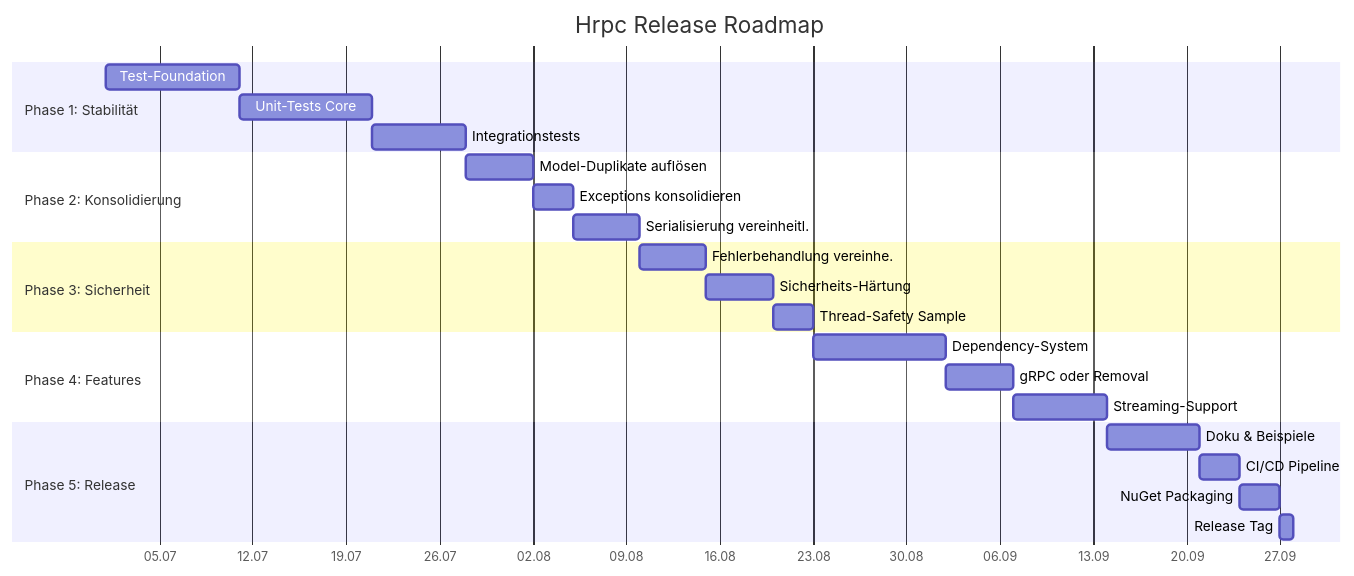
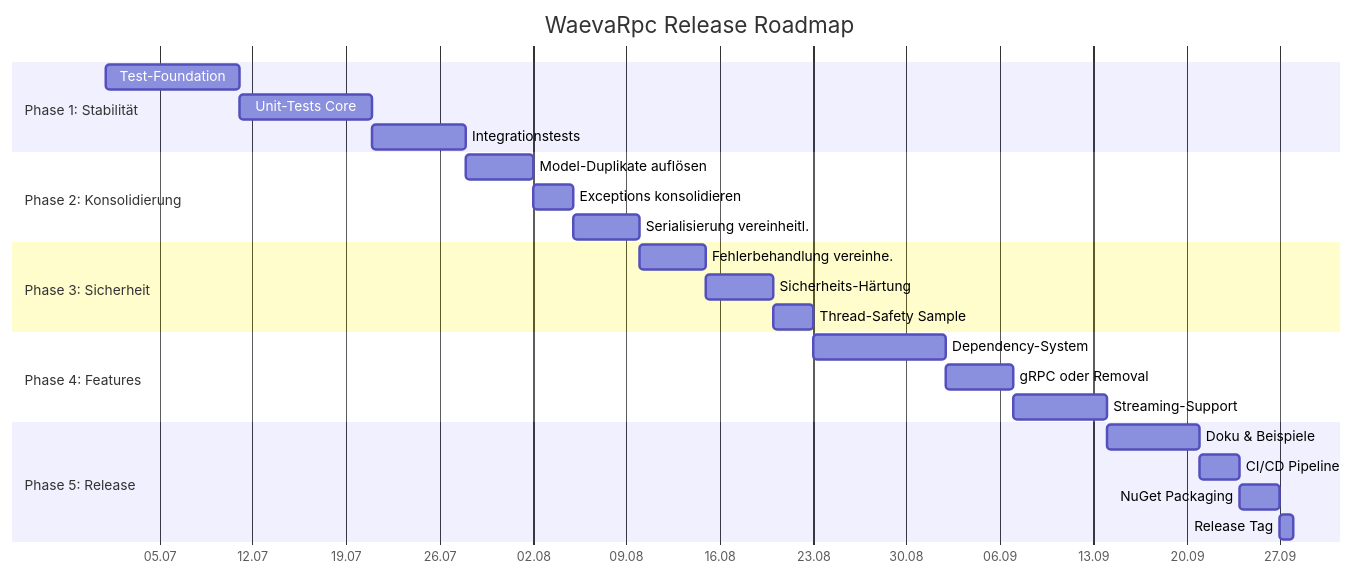
The first of 2 diagrams in RELEASE-PLAN.md (HolgerHuckfeldt/Hrpc), drawn with Mermaid before and after one commit. The commit also changed other lines of this file and 341 other files, not shown here.

First line of the commit message:
chore(rename): benenne Projekt Hrpc zu WaevaRpc um

````diff
--- a/RELEASE-PLAN.md
+++ b/RELEASE-PLAN.md
@@ -11,32 +11,32 @@
 ```mermaid
 gantt
-    title Hrpc Release Roadmap
+    title WaevaRpc Release Roadmap
     dateFormat YYYY-MM-DD
     axisFormat %d.%m
 
     section Phase 1: Stabilität
     Test-Foundation           :p1a, 2026-07-01, 10d
     Unit-Tests Core          :p1b, after p1a, 10d
     Integrationstests        :p1c, after p1b, 7d
 
     section Phase 2: Konsolidierung
     Model-Duplikate auflösen   :p2a, after p1c, 5d
     Exceptions konsolidieren  :p2b, after p2a, 3d
     Serialisierung vereinheitl. :p2c, after p2b, 5d
 
     section Phase 3: Sicherheit
     Fehlerbehandlung vereinhe. :p3a, after p2c, 5d
     Sicherheits-Härtung        :p3b, after p3a, 5d
     Thread-Safety Sample       :p3c, after p3b, 3d
 
     section Phase 4: Features
     Dependency-System          :p4a, after p3c, 10d
     gRPC oder Removal          :p4b, after p4a, 5d
     Streaming-Support          :p4c, after p4b, 7d
 
     section Phase 5: Release
     Doku & Beispiele           :p5a, after p4c, 7d
     CI/CD Pipeline             :p5b, after p5a, 3d
     NuGet Packaging            :p5c, after p5b, 3d
     Release Tag                :p5d, after p5c, 1d
 ```
````
